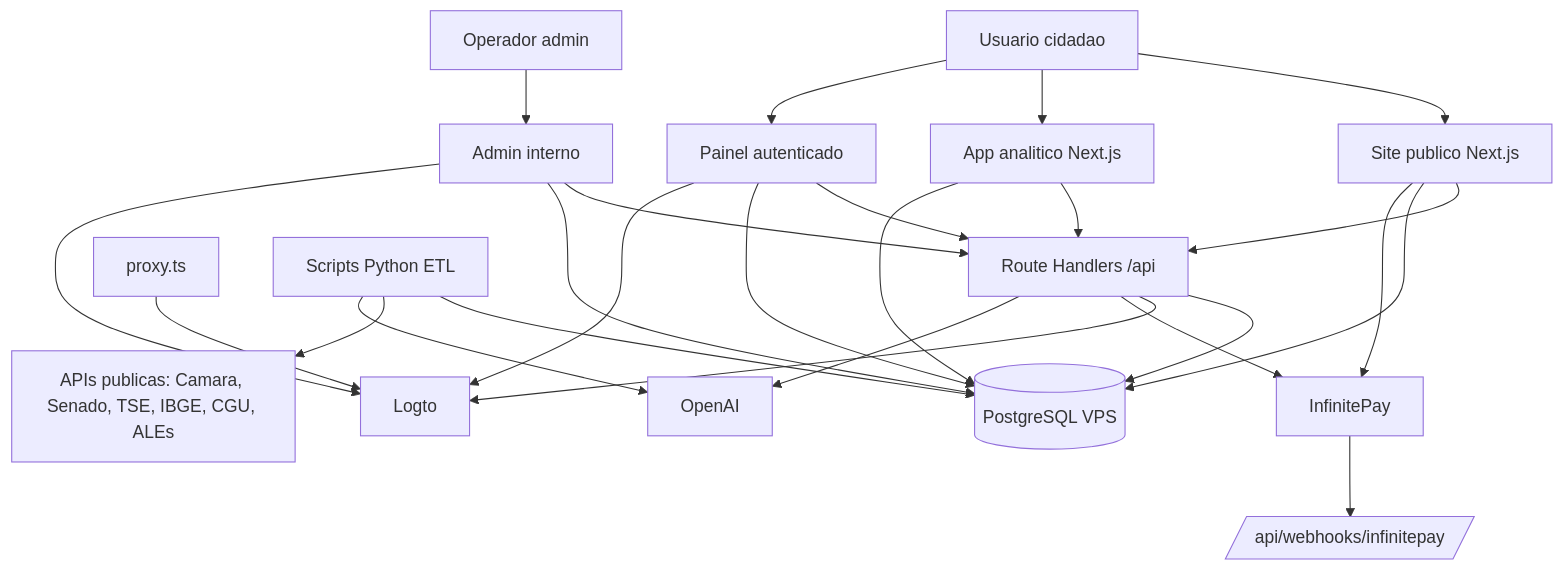
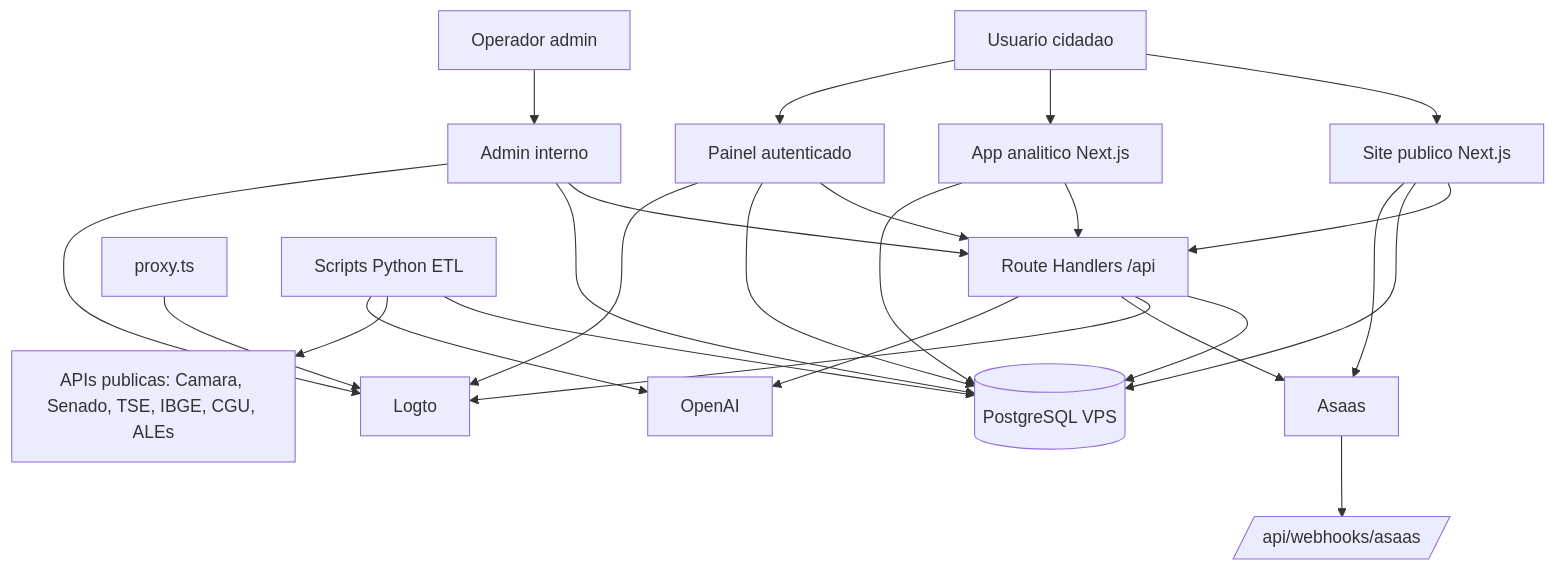
The first of 4 diagrams in docs/ARCHITECTURE.md (paulobolliger/meus-politicos), drawn with Mermaid before and after one commit. The commit also changed other lines of this file and 140 other files, not shown here.

````diff
--- a/docs/ARCHITECTURE.md
+++ b/docs/ARCHITECTURE.md
@@ -42,32 +42,32 @@
 ```mermaid
 flowchart TB
   U[Usuario cidadao] --> SITE[Site publico Next.js]
   U --> APP[App analitico Next.js]
   U --> PAINEL[Painel autenticado]
   ADMIN[Operador admin] --> ADMINUI[Admin interno]
 
   SITE --> API[Route Handlers /api]
   APP --> API
   PAINEL --> API
   ADMINUI --> API
 
   SITE --> PG[(PostgreSQL VPS)]
   APP --> PG
   PAINEL --> PG
   ADMINUI --> PG
   API --> PG
 
   PAINEL --> LOGTO[Logto]
   ADMINUI --> LOGTO
   API --> LOGTO
   PROXY[proxy.ts] --> LOGTO
 
-  SITE --> IPAY[InfinitePay]
-  API --> IPAY
-  IPAY --> WEBHOOK[/api/webhooks/infinitepay/]
+  SITE --> ASAAS[Asaas]
+  API --> ASAAS
+  ASAAS --> WEBHOOK[/api/webhooks/asaas/]
 
   API --> OPENAI[OpenAI]
   ETL[Scripts Python ETL] --> PG
   ETL --> PUBLICAS[APIs publicas: Camara, Senado, TSE, IBGE, CGU, ALEs]
   ETL --> OPENAI
 ```
````
